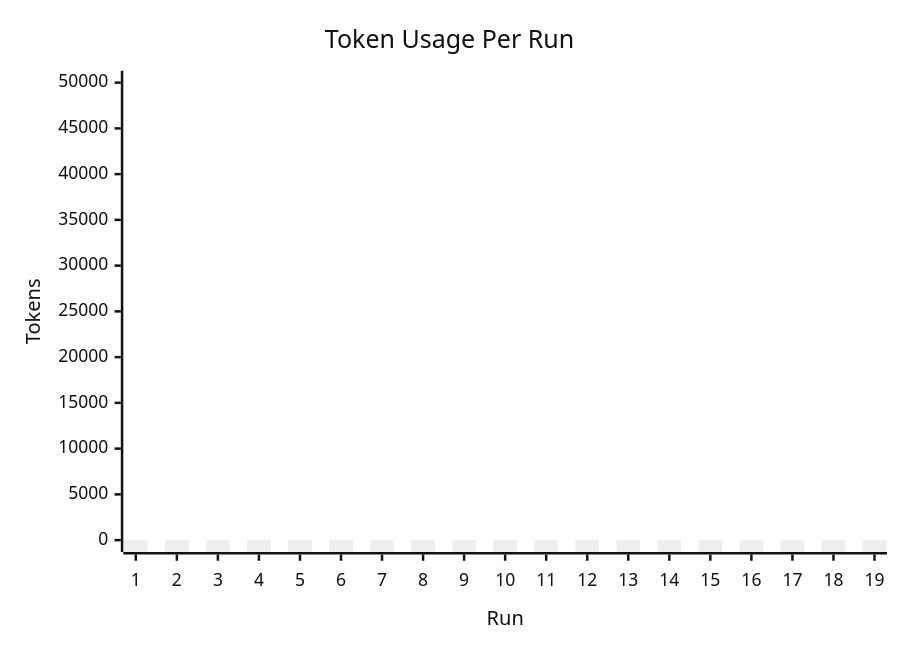
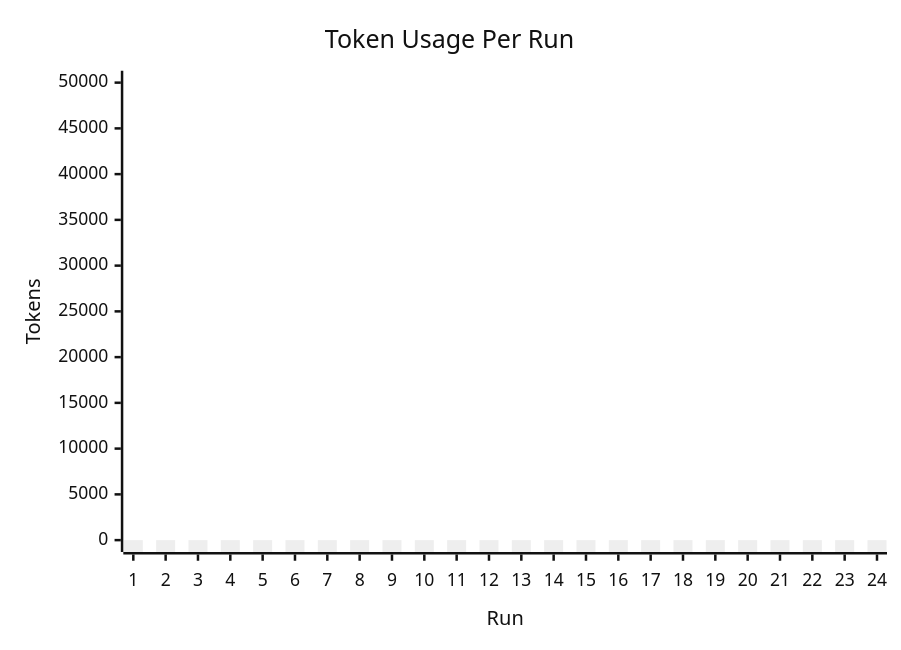
The second of 2 diagrams in reports-versioned/aggregated/run-results-dashboard.md (Jit-Paul-2008/Hexamind), drawn with Mermaid (neutral theme) before and after one commit. The commit also changed other lines of this file and 69 other files, not shown here.

````diff
--- a/reports-versioned/aggregated/run-results-dashboard.md
+++ b/reports-versioned/aggregated/run-results-dashboard.md
@@ -23,7 +23,7 @@
 ```mermaid
 xychart-beta
     title "Token Usage Per Run"
-    x-axis "Run" [1, 2, 3, 4, 5, 6, 7, 8, 9, 10, 11, 12, 13, 14, 15, 16, 17, 18, 19]
+    x-axis "Run" [1, 2, 3, 4, 5, 6, 7, 8, 9, 10, 11, 12, 13, 14, 15, 16, 17, 18, 19, 20, 21, 22, 23, 24]
     y-axis "Tokens" 0 --> 50000
-    bar "TokensUsed" [0, 0, 0, 0, 0, 0, 0, 0, 0, 0, 0, 0, 0, 0, 0, 0, 0, 0, 0]
+    bar "TokensUsed" [0, 0, 0, 0, 0, 0, 0, 0, 0, 0, 0, 0, 0, 0, 0, 0, 0, 0, 0, 0, 0, 0, 0, 0]
 ```
````
